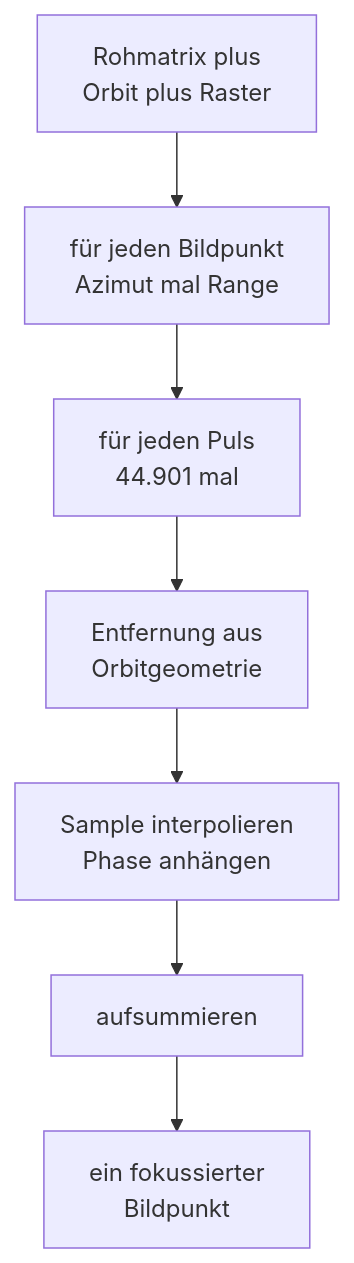
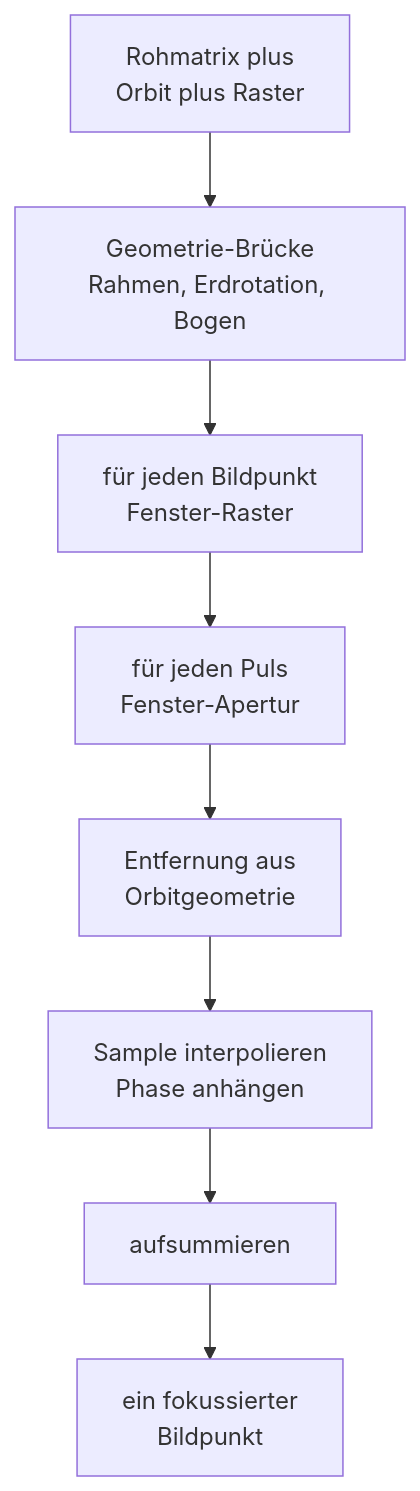
One commit to plops/cl-rust-generator changed the fourth of 4 diagrams in examples/34_copernicus_radar/plan/20261004_02_gpu_decode_sar/walkthrough.md. Above: the diagram before and after it, drawn with Mermaid. The commit also changed other lines of this file and 4 other files, not shown here.

````diff
--- a/examples/34_copernicus_radar/plan/20261004_02_gpu_decode_sar/walkthrough.md
+++ b/examples/34_copernicus_radar/plan/20261004_02_gpu_decode_sar/walkthrough.md
@@ -347,9 +366,10 @@
 ```mermaid
 flowchart TB
-    A["Rohmatrix plus<br/>Orbit plus Raster"] --> B["für jeden Bildpunkt<br/>Azimut mal Range"]
-    B --> C["für jeden Puls<br/>44.901 mal"]
-    C --> D["Entfernung aus<br/>Orbitgeometrie"]
-    D --> E["Sample interpolieren<br/>Phase anhängen"]
-    E --> F["aufsummieren"]
-    F --> G["ein fokussierter<br/>Bildpunkt"]
+    A["Rohmatrix plus<br/>Orbit plus Raster"] --> B["Geometrie-Brücke<br/>Rahmen, Erdrotation, Bogen"]
+    B --> C["für jeden Bildpunkt<br/>Fenster-Raster"]
+    C --> D["für jeden Puls<br/>Fenster-Apertur"]
+    D --> E["Entfernung aus<br/>Orbitgeometrie"]
+    E --> F["Sample interpolieren<br/>Phase anhängen"]
+    F --> G["aufsummieren"]
+    G --> H["ein fokussierter<br/>Bildpunkt"]
 ```
````
